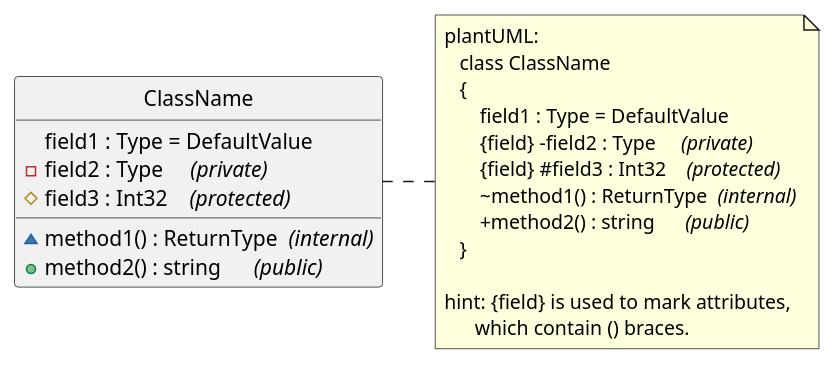
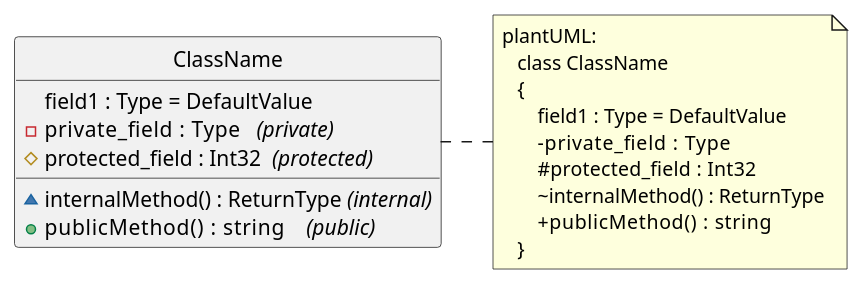
Diagram 12 of 33 in uml_markdown_summary.md (chraxo/UmlMarkdownCheatSheet), drawn with PlantUML before and after one commit.

Commit message:
Improve #### Class Notation

```diff
--- a/uml_markdown_summary.md
+++ b/uml_markdown_summary.md
@@ -340,34 +340,34 @@
 @startuml
     skinparam classFontName Consolas
     skinparam classAttributeFontName Consolas
     skinparam noteFontName Consolas
 
     'hide empty members
     'left to right direction
     skinparam style strictuml
 
     class ClassName
     {
+        ' {field} is used to explicitely mark a field, that contains () braces,
+        ' so that it is not interpreted as a method.
+
         field1 : Type = DefaultValue
-        {field} -field2 : Type     //(private)//
-        {field} #field3 : Int32    //(protected)//
-        ~method1() : ReturnType  //(internal)//
-        +method2() : string      //(public)//
+        {field} -private_field   : Type   //(private)//
+        {field} #protected_field : Int32  //(protected)//
+        ~internalMethod() : ReturnType //(internal)//
+        +publicMethod()    : string    //(public)//
     }
 
     note right
         plantUML:
            class ClassName
            {
                field1 : Type = DefaultValue
-               {field} -field2 : Type     //(private)//
-               {field} #field3 : Int32    //(protected)//
-               ~method1() : ReturnType  //(internal)//
-               +method2() : string      //(public)//
+               -private_field    : Type
+               #protected_field  : Int32
+               ~internalMethod() : ReturnType
+               +publicMethod()    : string
            }
-
-        hint: {field} is used to mark attributes, 
-              which contain () braces.
     end note
 
 @enduml
```
